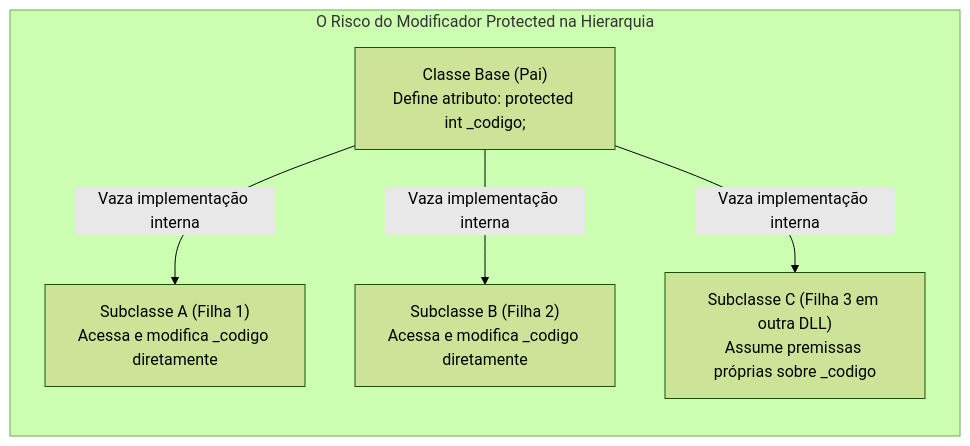
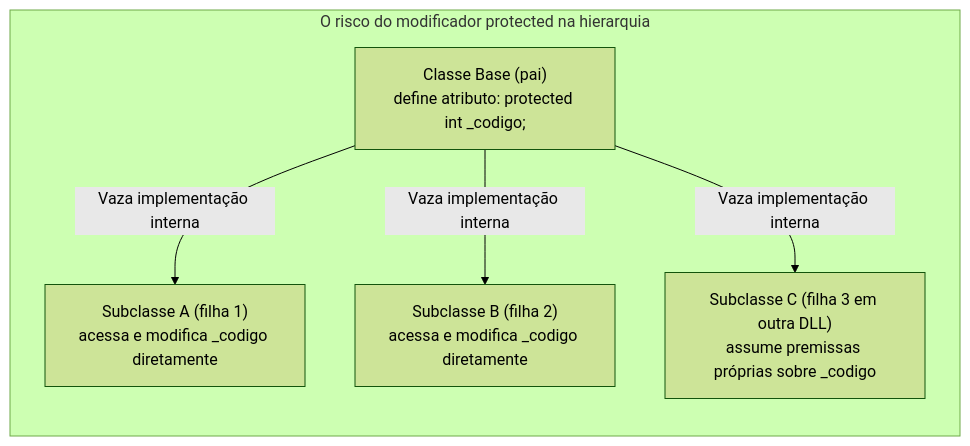
One commit to leorruas/puc changed the third of 5 diagrams in 01. Programacao Modular/12. Modificadores de acesso (visibilidade e níveis de proteção no encapsulamento).md. Above: the diagram before and after it, drawn with Mermaid (forest theme). The commit also changed other lines of this file and 10 other files, not shown here.

````diff
--- a/01. Programacao Modular/12. Modificadores de acesso (visibilidade e níveis de proteção no encapsulamento).md
+++ b/01. Programacao Modular/12. Modificadores de acesso (visibilidade e níveis de proteção no encapsulamento).md
@@ -161,14 +363,14 @@
 ```mermaid
 flowchart TD
-    subgraph DilemaProtected ["O Risco do Modificador Protected na Hierarquia"]
+    subgraph DilemaProtected ["O risco do modificador protected na hierarquia"]
         direction TB
-        Base["Classe Base (Pai)<br>Define atributo: protected int _codigo;"]
-        Sub1["Subclasse A (Filha 1)<br>Acessa e modifica _codigo diretamente"]
-        Sub2["Subclasse B (Filha 2)<br>Acessa e modifica _codigo diretamente"]
-        Sub3["Subclasse C (Filha 3 em outra DLL)<br>Assume premissas próprias sobre _codigo"]
+        Base["Classe Base (pai)<br>define atributo: protected int _codigo;"]
+        Sub1["Subclasse A (filha 1)<br>acessa e modifica _codigo diretamente"]
+        Sub2["Subclasse B (filha 2)<br>acessa e modifica _codigo diretamente"]
+        Sub3["Subclasse C (filha 3 em outra DLL)<br>assume premissas próprias sobre _codigo"]
 
         Base -->|Vaza implementação interna| Sub1
         Base -->|Vaza implementação interna| Sub2
         Base -->|Vaza implementação interna| Sub3
     end
 ```
````
